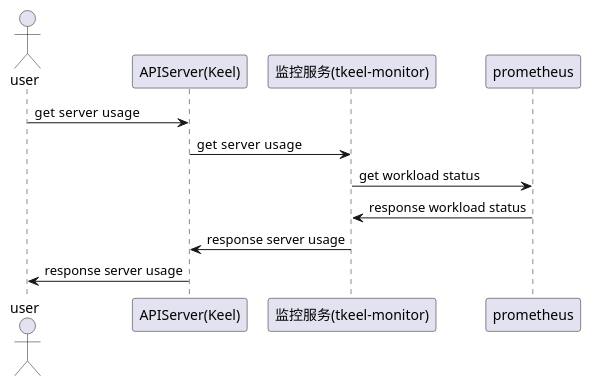
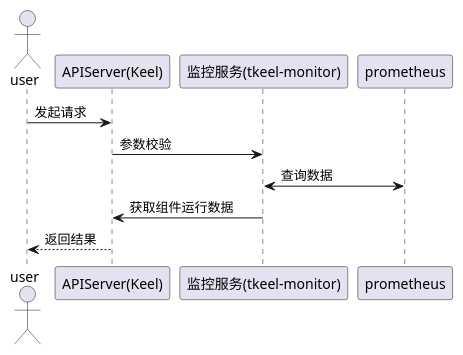
Before and after one commit to tkeel-io/docs: the second of 2 diagrams in docs/api/appendix/plantuml/server-monitor.md, drawn with PlantUML. The commit also changed other lines of this file and 2 other files, not shown here.

````diff
--- a/docs/api/appendix/plantuml/server-monitor.md
+++ b/docs/api/appendix/plantuml/server-monitor.md
@@ -21,13 +23,16 @@
 ```plantuml
+@startuml
+
 actor user
 participant "APIServer(Keel)"  as keel
 participant “监控服务(tkeel-monitor)” as tkeelMmonitor
 participant prometheus
 
-user->keel: get  server usage 
-keel->tkeelMmonitor: get  server usage 
-tkeelMmonitor->prometheus: get workload status
-prometheus->tkeelMmonitor: response workload status
-tkeelMmonitor->keel: response server usage 
-keel->user: response server usage 
+user->keel: 发起请求
+keel->tkeelMmonitor: 参数校验
+tkeelMmonitor<->prometheus: 查询数据
+tkeelMmonitor->keel: 获取组件运行数据 
+keel-->user: 返回结果 
+@enduml
+
 ```
````
